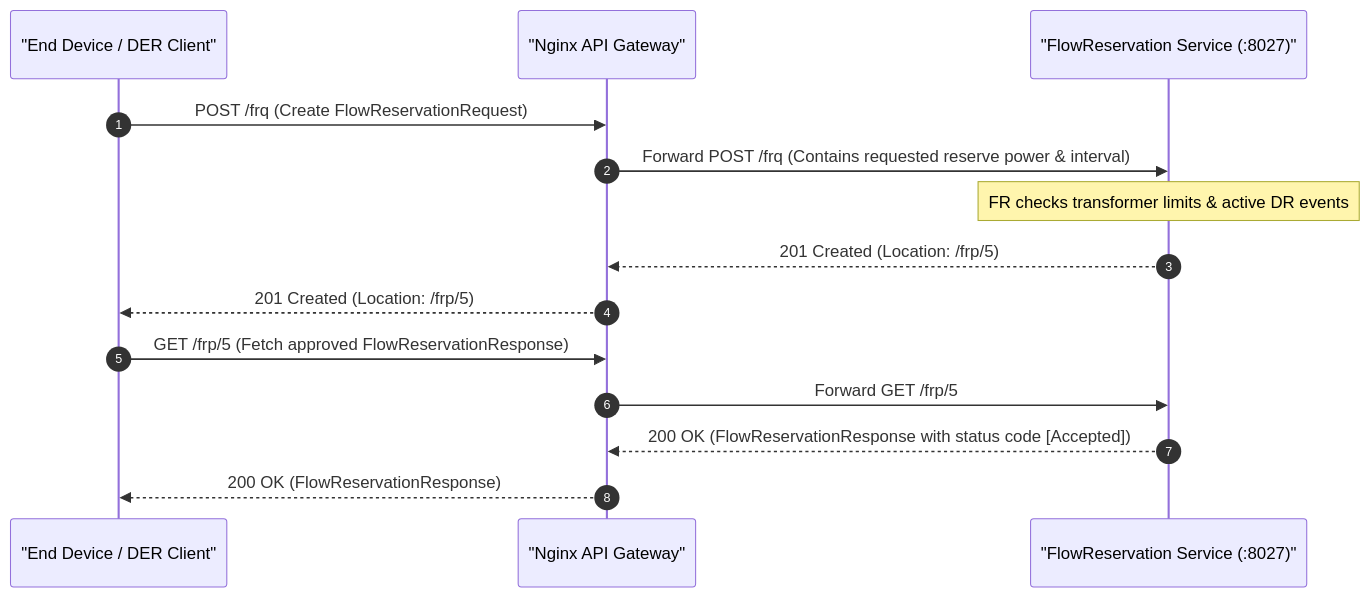
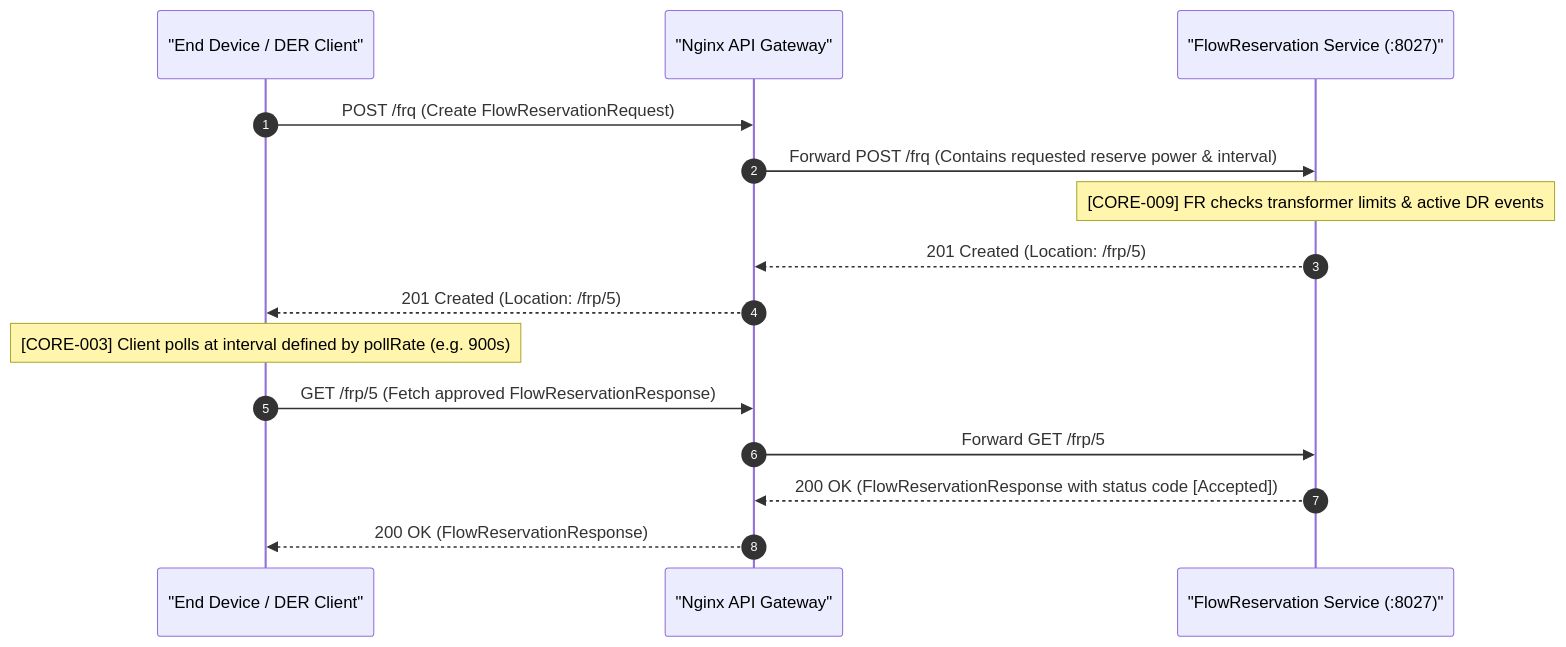
One commit to Tylores/egot changed the second of 6 diagrams in lifecycles/reserve.md. Above: the diagram before and after it, drawn with Mermaid. The commit also changed other lines of this file and 68 other files, not shown here.

Commit message:
refactor: migrate to microservices architecture, add validation tools and scenario tests

````diff
--- a/lifecycles/reserve.md
+++ b/lifecycles/reserve.md
@@ -42,18 +59,19 @@
 ```mermaid
 sequenceDiagram
     autonumber
     participant Client as "End Device / DER Client"
     participant GW as "Nginx API Gateway"
     participant FR as "FlowReservation Service (:8027)"
 
     Client->>GW: POST /frq (Create FlowReservationRequest)
     GW->>FR: Forward POST /frq (Contains requested reserve power & interval)
-    Note over FR: FR checks transformer limits & active DR events
+    Note over FR: [CORE-009] FR checks transformer limits & active DR events
     FR-->>GW: 201 Created (Location: /frp/5)
     GW-->>Client: 201 Created (Location: /frp/5)
 
+    Note over Client: [CORE-003] Client polls at interval defined by pollRate (e.g. 900s)
     Client->>GW: GET /frp/5 (Fetch approved FlowReservationResponse)
     GW->>FR: Forward GET /frp/5
     FR-->>GW: 200 OK (FlowReservationResponse with status code [Accepted])
     GW-->>Client: 200 OK (FlowReservationResponse)
 ```
````
